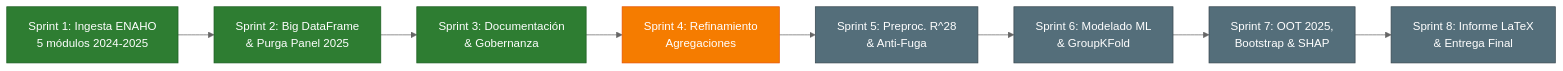
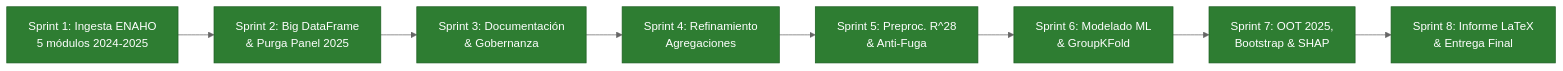
One commit to Ga3lAE/IA-Tarea-Academica changed the diagram in IMPLEMENTATION.md. Above: the diagram before and after it, drawn with Mermaid (neutral theme). The commit also changed other lines of this file and 18 other files, not shown here.

````diff
--- a/IMPLEMENTATION.md
+++ b/IMPLEMENTATION.md
@@ -13,19 +13,19 @@
 ```mermaid
 flowchart LR
     S1["Sprint 1: Ingesta ENAHO<br>5 módulos 2024-2025"] --> S2["Sprint 2: Big DataFrame<br>& Purga Panel 2025"]
     S2 --> S3["Sprint 3: Documentación<br>& Gobernanza"]
     S3 --> S4["Sprint 4: Refinamiento<br>Agregaciones"]
     S4 --> S5["Sprint 5: Preproc. R^28<br>& Anti-Fuga"]
     S5 --> S6["Sprint 6: Modelado ML<br>& GroupKFold"]
     S6 --> S7["Sprint 7: OOT 2025,<br>Bootstrap & SHAP"]
     S7 --> S8["Sprint 8: Informe LaTeX<br>& Entrega Final"]
 
     style S1 fill:#2e7d32,stroke:#1b5e20,color:#fff
     style S2 fill:#2e7d32,stroke:#1b5e20,color:#fff
     style S3 fill:#2e7d32,stroke:#1b5e20,color:#fff
-    style S4 fill:#f57c00,stroke:#e65100,color:#fff
-    style S5 fill:#546e7a,stroke:#37474f,color:#fff
-    style S6 fill:#546e7a,stroke:#37474f,color:#fff
-    style S7 fill:#546e7a,stroke:#37474f,color:#fff
-    style S8 fill:#546e7a,stroke:#37474f,color:#fff
+    style S4 fill:#2e7d32,stroke:#1b5e20,color:#fff
+    style S5 fill:#2e7d32,stroke:#1b5e20,color:#fff
+    style S6 fill:#2e7d32,stroke:#1b5e20,color:#fff
+    style S7 fill:#2e7d32,stroke:#1b5e20,color:#fff
+    style S8 fill:#2e7d32,stroke:#1b5e20,color:#fff
 ```
````
